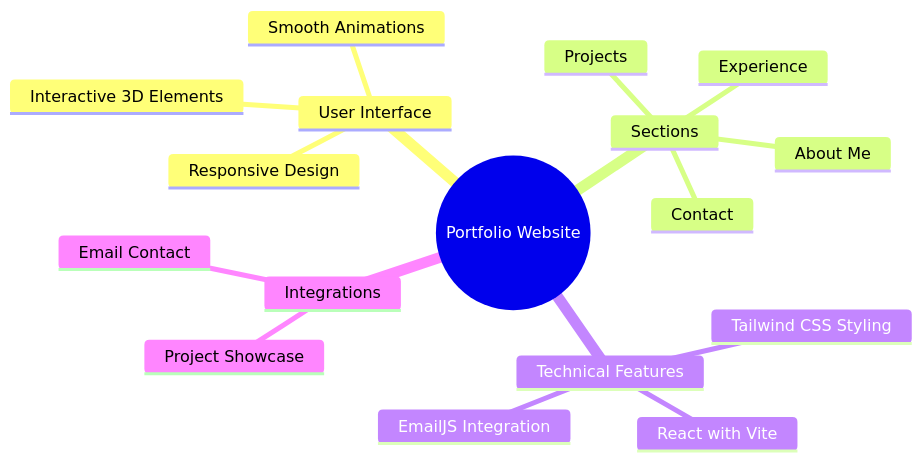
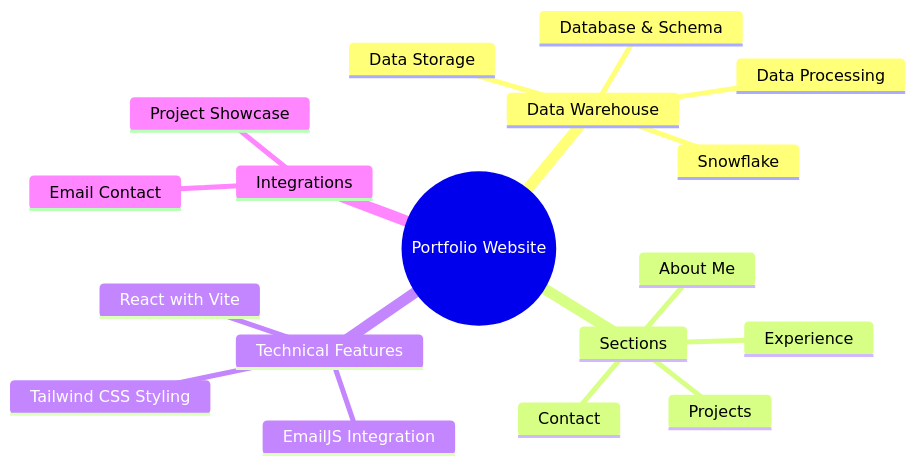
The diagram in README.md (YONG-LIN-LIANG/data_pipeline_dbt_snowflake), drawn with Mermaid before and after one commit. The commit also changed other lines of this file, not shown here.

````diff
--- a/README.md
+++ b/README.md
@@ -25,20 +24,21 @@
 ```mermaid
 mindmap
   root((Portfolio Website))
-    User Interface
-      Responsive Design
-      Smooth Animations
-      Interactive 3D Elements
+    Data Warehouse
+      Snowflake
+      Database & Schema
+      Data Storage
+      Data Processing
     Sections
       About Me
       Experience
       Projects
       Contact
     Technical Features
       React with Vite
       Tailwind CSS Styling
       EmailJS Integration
     Integrations
        Email Contact
       Project Showcase
 ```
````
